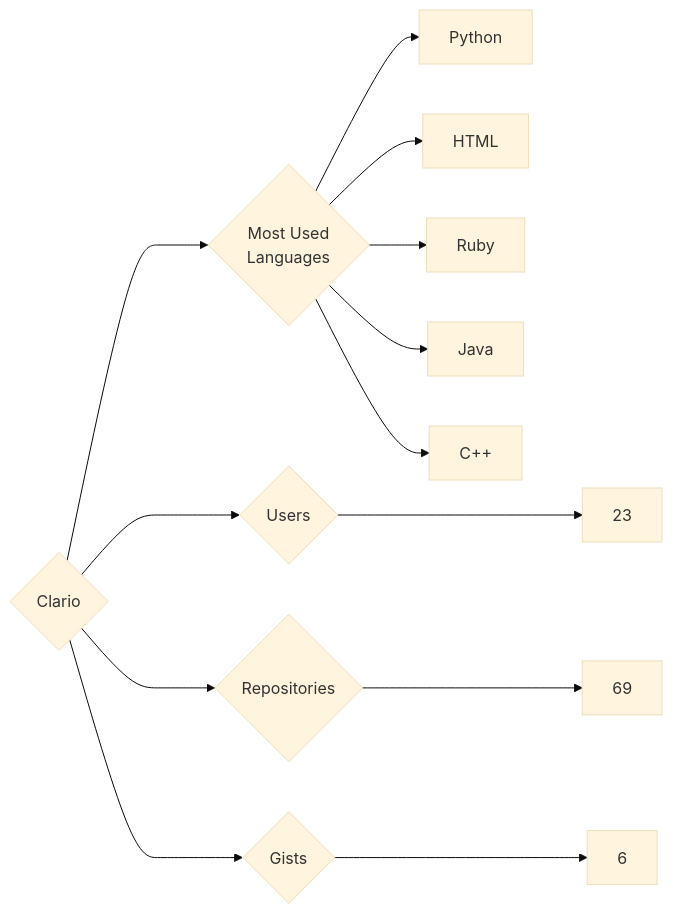
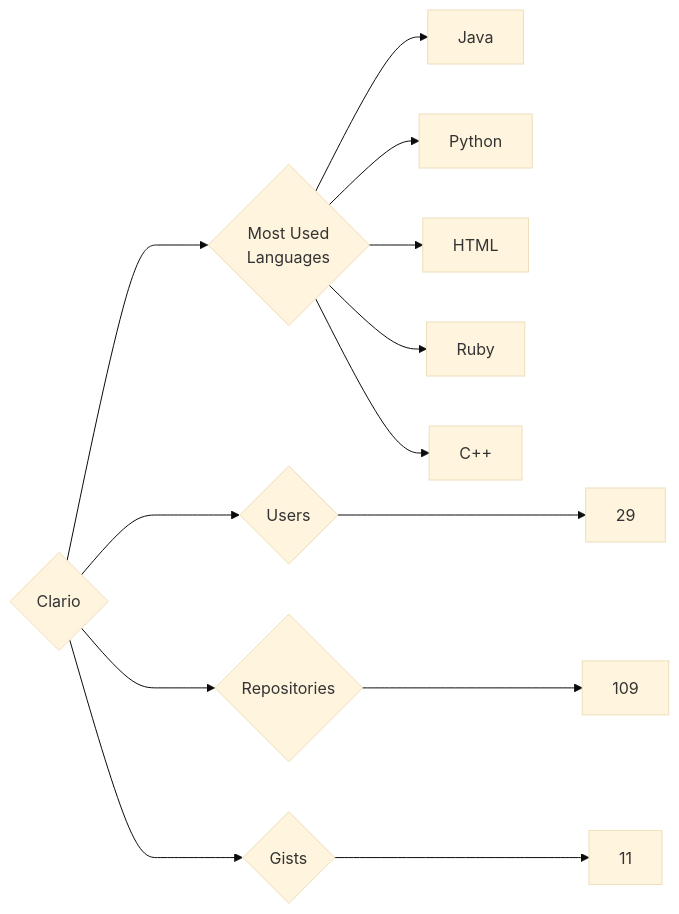
One commit to trickest/insiders changed the diagram in targets/Clario/README.md. Above: the diagram before and after it, drawn with Mermaid (base theme). The commit also changed 895 other files, not shown here.

````diff
--- a/targets/Clario/README.md
+++ b/targets/Clario/README.md
@@ -3,13 +3,13 @@
 ```mermaid
 graph LR
 COMPANY_NAME{Clario}
-COMPANY_NAME ---> U{Users} ---> UN[23]
-COMPANY_NAME ---> R{Repositories} ---> RN[69]
-COMPANY_NAME ---> G{Gists} ---> GN[6]
+COMPANY_NAME ---> U{Users} ---> UN[29]
+COMPANY_NAME ---> R{Repositories} ---> RN[109]
+COMPANY_NAME ---> G{Gists} ---> GN[11]
 COMPANY_NAME ---> ML{Most Used<br>Languages}
+ML --> Java[Java]
 ML --> Python[Python]
 ML --> HTML[HTML]
 ML --> Ruby[Ruby]
-ML --> Java[Java]
 ML --> C++[C++]
 ```
````
